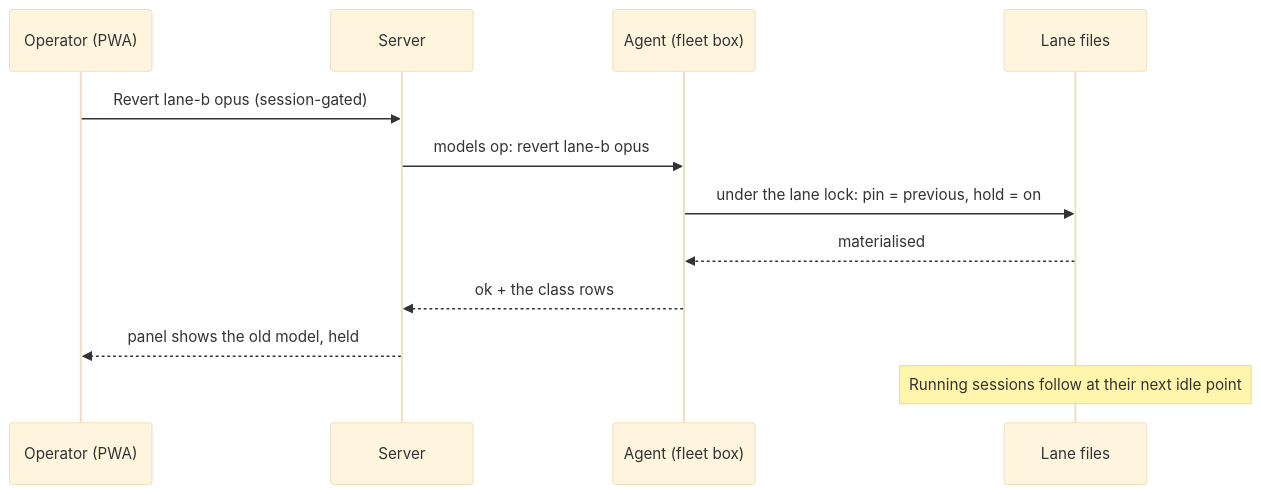
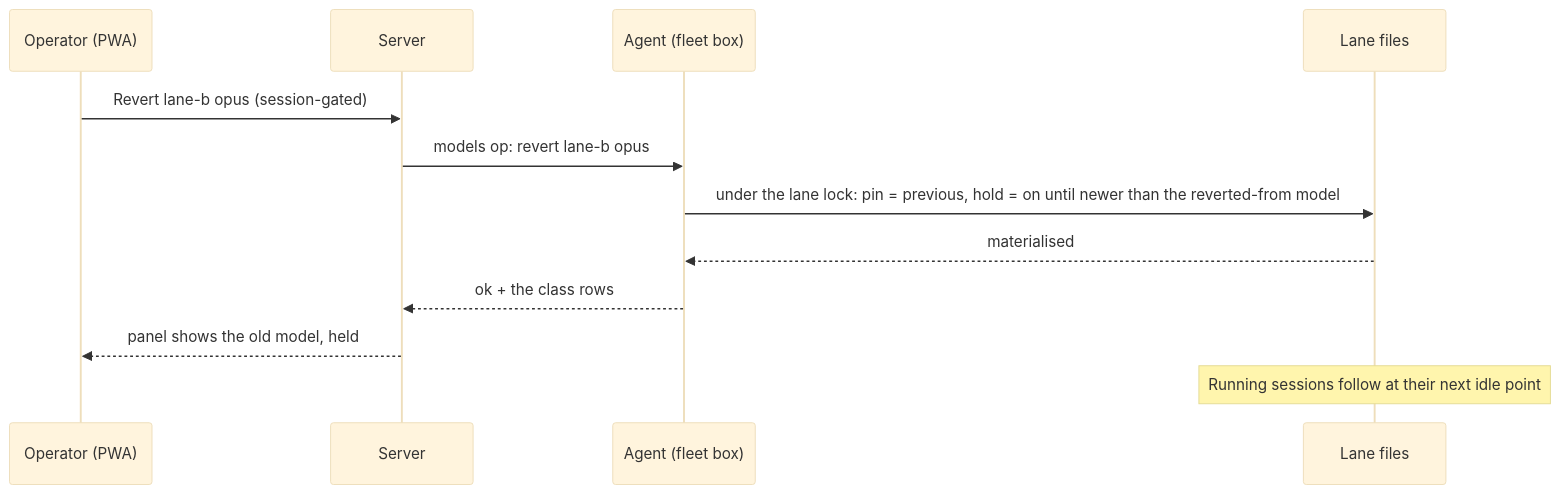
Before and after one commit to Synapsium-Labs/ccrc-pwa: the third of 3 diagrams in docs/superpowers/specs/2026-10-13-model-class-auto-advance-design.md, drawn with Mermaid (base theme). The commit also changed other lines of this file and 1 other file, not shown here.

First line of the commit message:
docs(programs): model-class-advance, wave 9 and five follow-ups landed; the spec amended for always-advance

````diff
--- a/docs/superpowers/specs/2026-10-13-model-class-auto-advance-design.md
+++ b/docs/superpowers/specs/2026-10-13-model-class-auto-advance-design.md
@@ -456,14 +470,14 @@
 ```mermaid
 sequenceDiagram
   participant O as Operator (PWA)
   participant S as Server
   participant A as Agent (fleet box)
   participant F as Lane files
   O->>S: Revert lane-b opus (session-gated)
   S->>A: models op: revert lane-b opus
-  A->>F: under the lane lock: pin = previous, hold = on
+  A->>F: under the lane lock: pin = previous, hold = on until newer than the reverted-from model
   F-->>A: materialised
   A-->>S: ok + the class rows
   S-->>O: panel shows the old model, held
   Note over F: Running sessions follow at their next idle point
 ```
````
